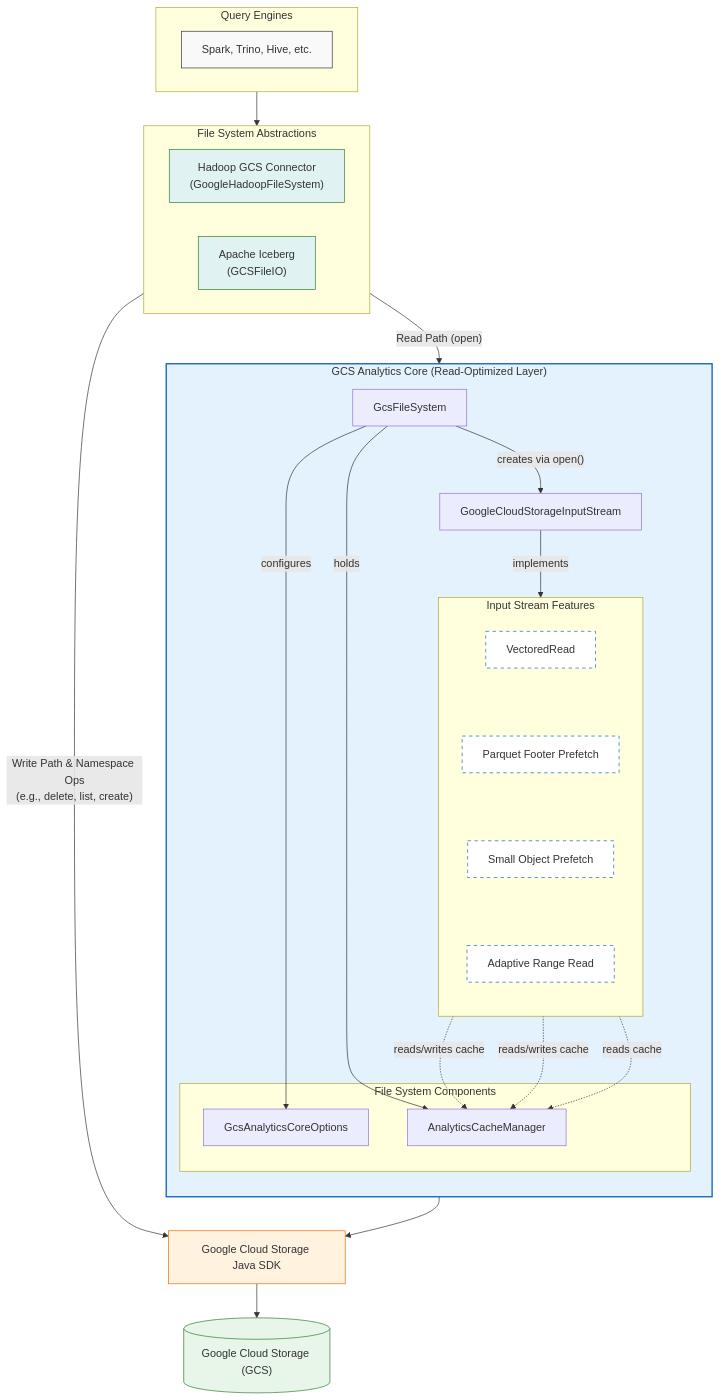
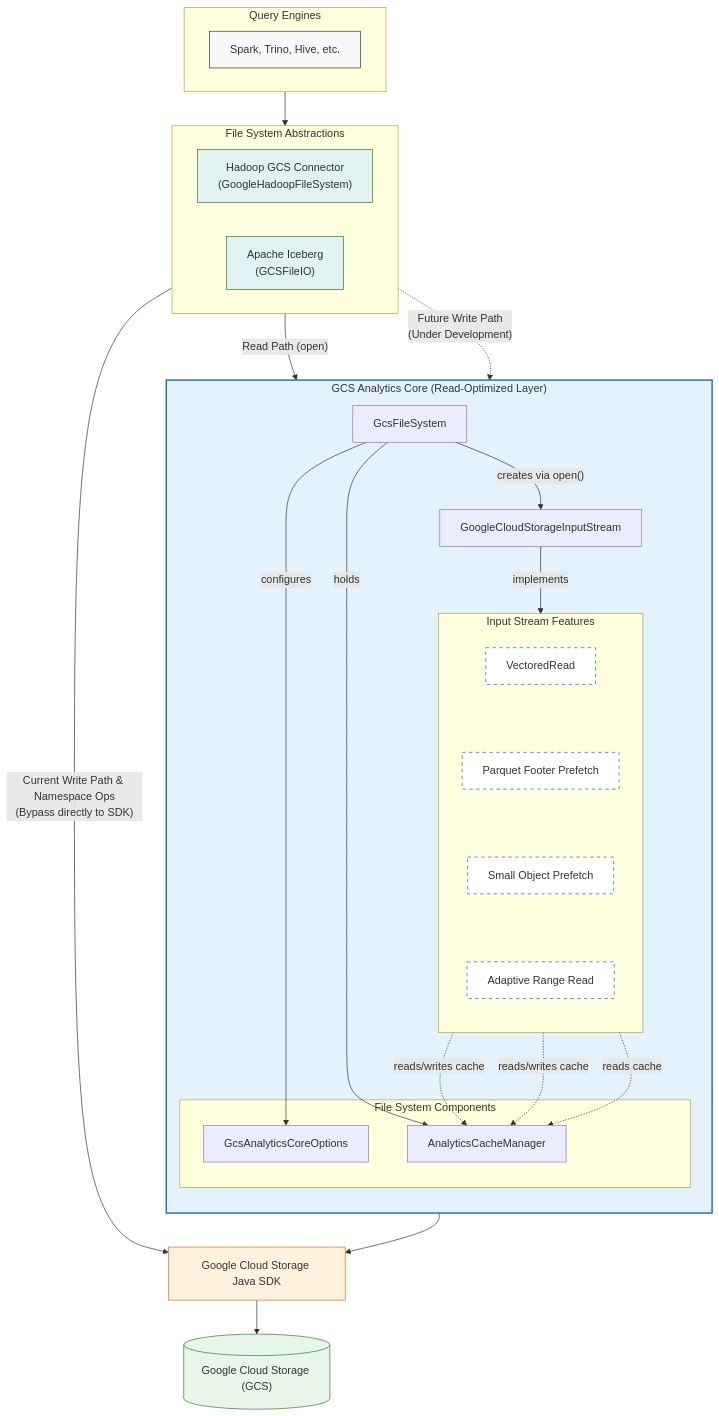
The diagram in README.md (GoogleCloudPlatform/gcs-analytics-core), drawn with Mermaid before and after one commit.

Commit message:
docs(readme): clarify write path scope in architecture diagram

````diff
--- a/README.md
+++ b/README.md
@@ -31,78 +31,79 @@
 ```mermaid
 graph TD
     %% Top Layer: Query Engines
     subgraph Engines ["Query Engines"]
         QE["Spark, Trino, Hive, etc."]
     end
 
     %% Abstraction Layer
     subgraph Abstractions ["File System Abstractions"]
         direction LR
         FSA1["Hadoop GCS Connector<br>(GoogleHadoopFileSystem)"]
         FSA2["Apache Iceberg<br>(GCSFileIO)"]
     end
 
     %% Middle Layer: GCS Analytics Core
     subgraph Core ["GCS Analytics Core (Read-Optimized Layer)"]
         direction TB
 
         GFS_NODE["GcsFileSystem"]
         GCSIS_NODE["GoogleCloudStorageInputStream"]
 
         subgraph GFS ["File System Components"]
             GACO["GcsAnalyticsCoreOptions"]
             ACM["AnalyticsCacheManager"]
         end
 
         subgraph GCSIS ["Input Stream Features"]
             direction TB
             VIO["VectoredRead"]
             PFP["Parquet Footer Prefetch"]
             SOP["Small Object Prefetch"]
             ARR["Adaptive Range Read"]
 
             VIO ~~~ PFP ~~~ SOP ~~~ ARR
         end
 
         GFS_NODE -- "configures" --> GACO
         GFS_NODE -- "holds" --> ACM
 
         GCSIS_NODE -- "implements" --> VIO
 
         GFS_NODE -- "creates via open()" --> GCSIS_NODE
 
         PFP -. "reads/writes cache" .-> ACM
         SOP -. "reads/writes cache" .-> ACM
         VIO -. "reads cache" .-> ACM
     end
 
     %% Lower Layers
     Lib["Google Cloud Storage Java SDK"]
     GCS[("Google Cloud Storage (GCS)")]
 
     %% Relationships
     Engines --> Abstractions
 
-    %% Scope Clarification: Core is Read-Only
+    %% Scope Clarification: Core is Read-Only currently
     Abstractions -- "Read Path (open)" --> Core
-    Abstractions -- "Write Path & Namespace Ops<br>(e.g., delete, list, create)" --> Lib
+    Abstractions -. "Future Write Path<br>(Under Development)" .-> Core
+    Abstractions -- "Current Write Path & Namespace Ops<br>(Bypass directly to SDK)" --> Lib
 
     %% Flow downwards
     Core --> Lib
     Lib --> GCS
 
     %% Styling for visual clarity
     classDef engine fill:#f9f9f9,stroke:#333,stroke-width:1px;
     classDef abstraction fill:#e0f2f1,stroke:#2e7d32,stroke-width:1px;
     classDef core fill:#e3f2fd,stroke:#1565c0,stroke-width:2px;
     classDef feature fill:#ffffff,stroke:#1565c0,stroke-dasharray: 5 5;
     classDef lib fill:#fff3e0,stroke:#ef6c00,stroke-width:1px;
     classDef storage fill:#e8f5e9,stroke:#2e7d32,stroke-width:1px;
 
     class QE engine;
     class FSA1,FSA2 abstraction;
     class Core core;
     class VIO,PFP,SOP,ARR feature;
     class Lib lib;
     class GCS storage;
 ```
````
